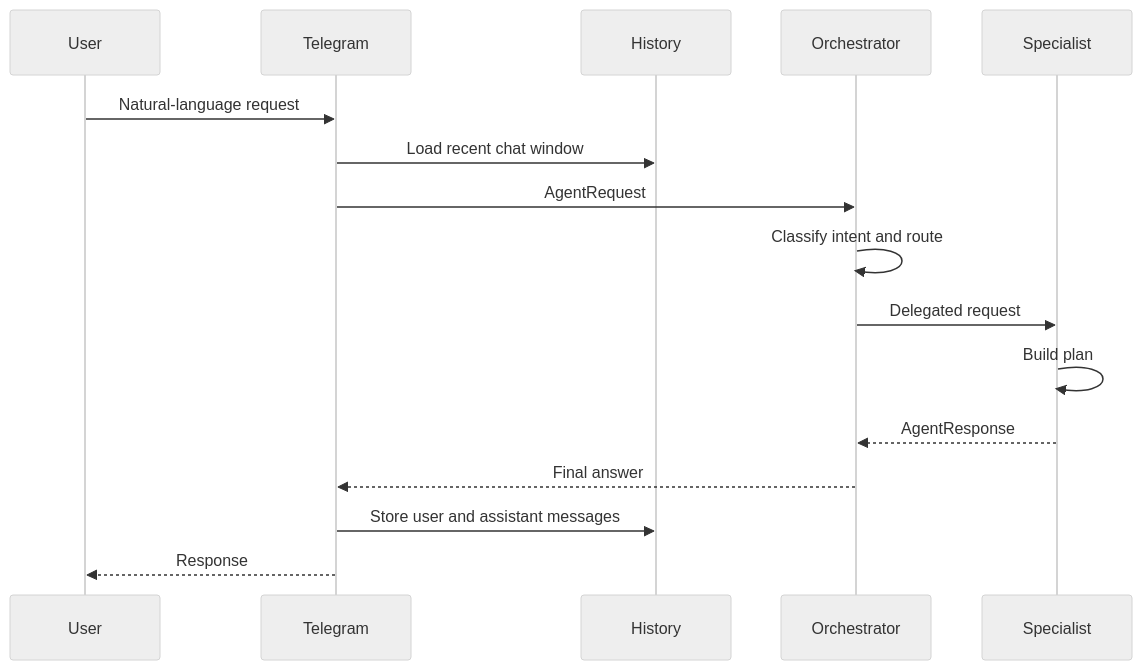
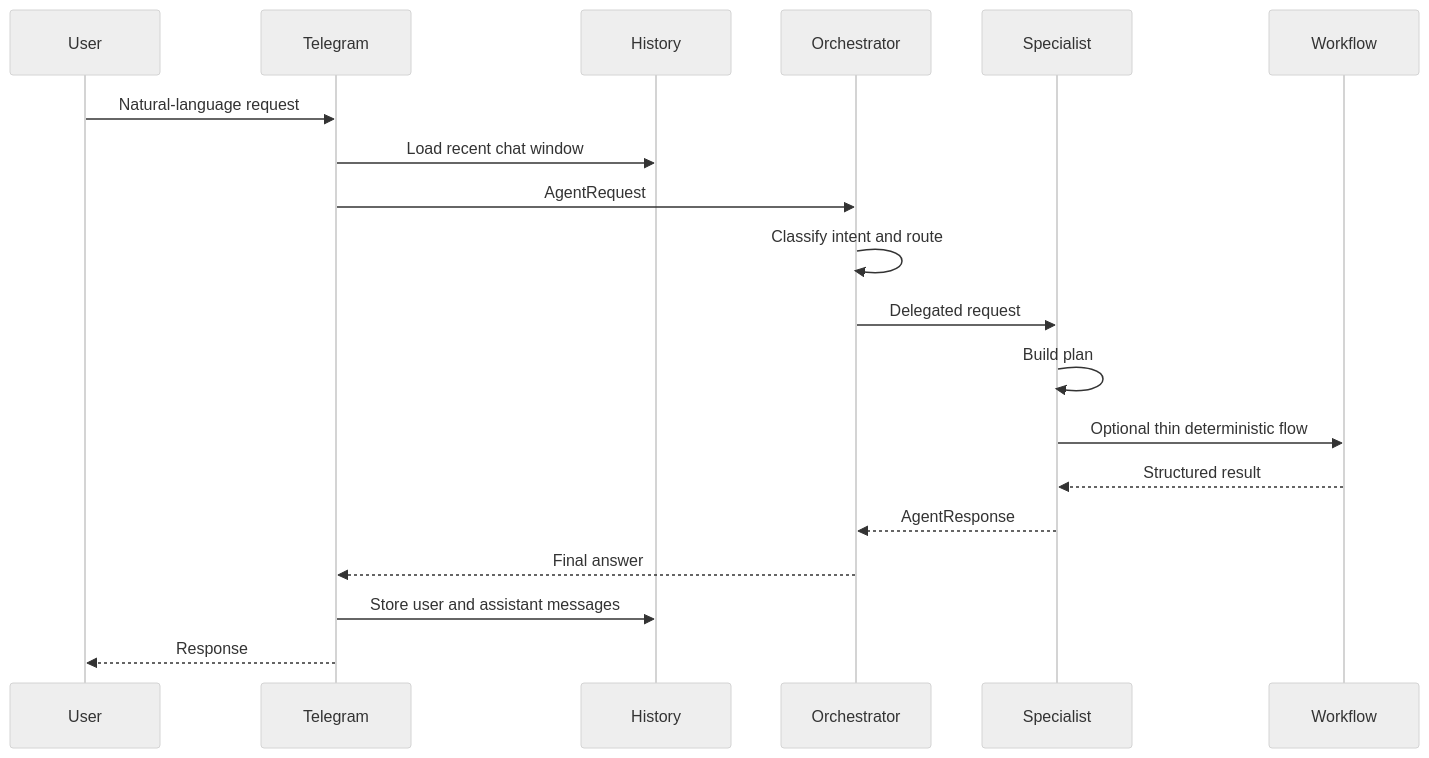
One commit to applebar17/T212AI changed the fourth of 9 diagrams in docs/ARCHITECTURE_DIAGRAMS.md. Above: the diagram before and after it, drawn with Mermaid (neutral theme). The commit also changed other lines of this file and 1 other file, not shown here.

````diff
--- a/docs/ARCHITECTURE_DIAGRAMS.md
+++ b/docs/ARCHITECTURE_DIAGRAMS.md
@@ -98,19 +107,22 @@
 ```mermaid
 sequenceDiagram
     participant User
     participant Telegram
     participant History
     participant Orchestrator
     participant Specialist
+    participant Workflow
 
     User->>Telegram: Natural-language request
     Telegram->>History: Load recent chat window
     Telegram->>Orchestrator: AgentRequest
     Orchestrator->>Orchestrator: Classify intent and route
     Orchestrator->>Specialist: Delegated request
     Specialist->>Specialist: Build plan
+    Specialist->>Workflow: Optional thin deterministic flow
+    Workflow-->>Specialist: Structured result
     Specialist-->>Orchestrator: AgentResponse
     Orchestrator-->>Telegram: Final answer
     Telegram->>History: Store user and assistant messages
     Telegram-->>User: Response
 ```
````
